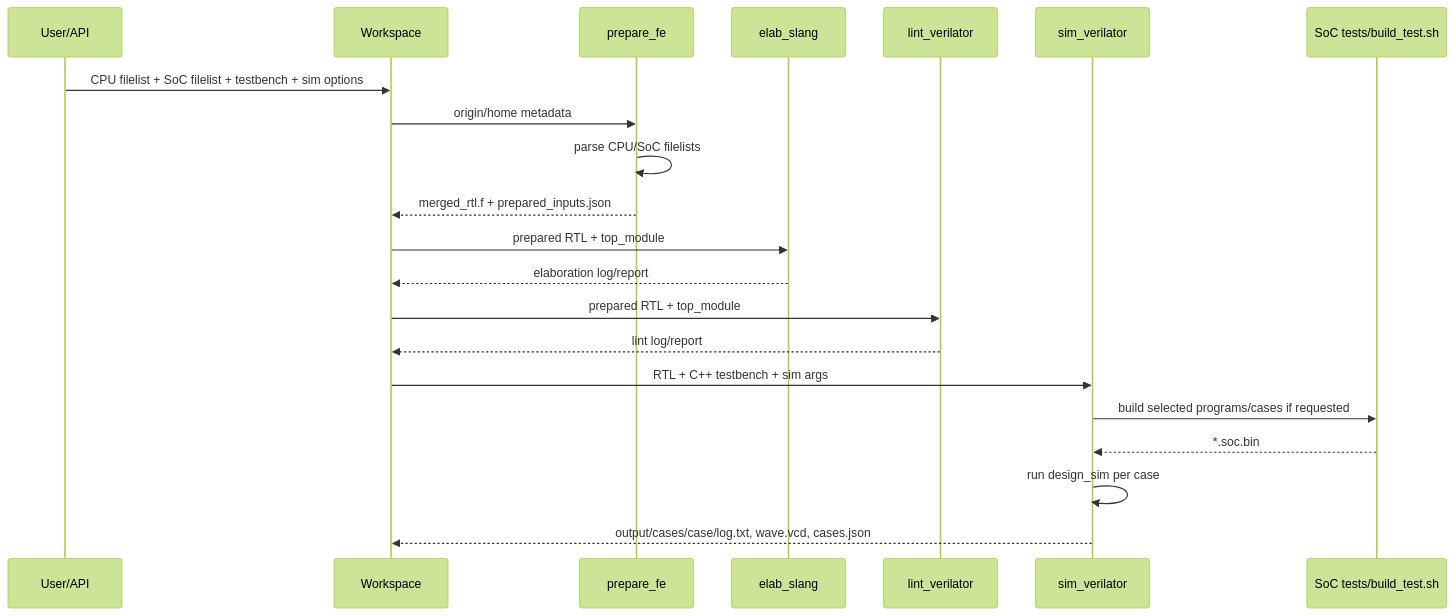
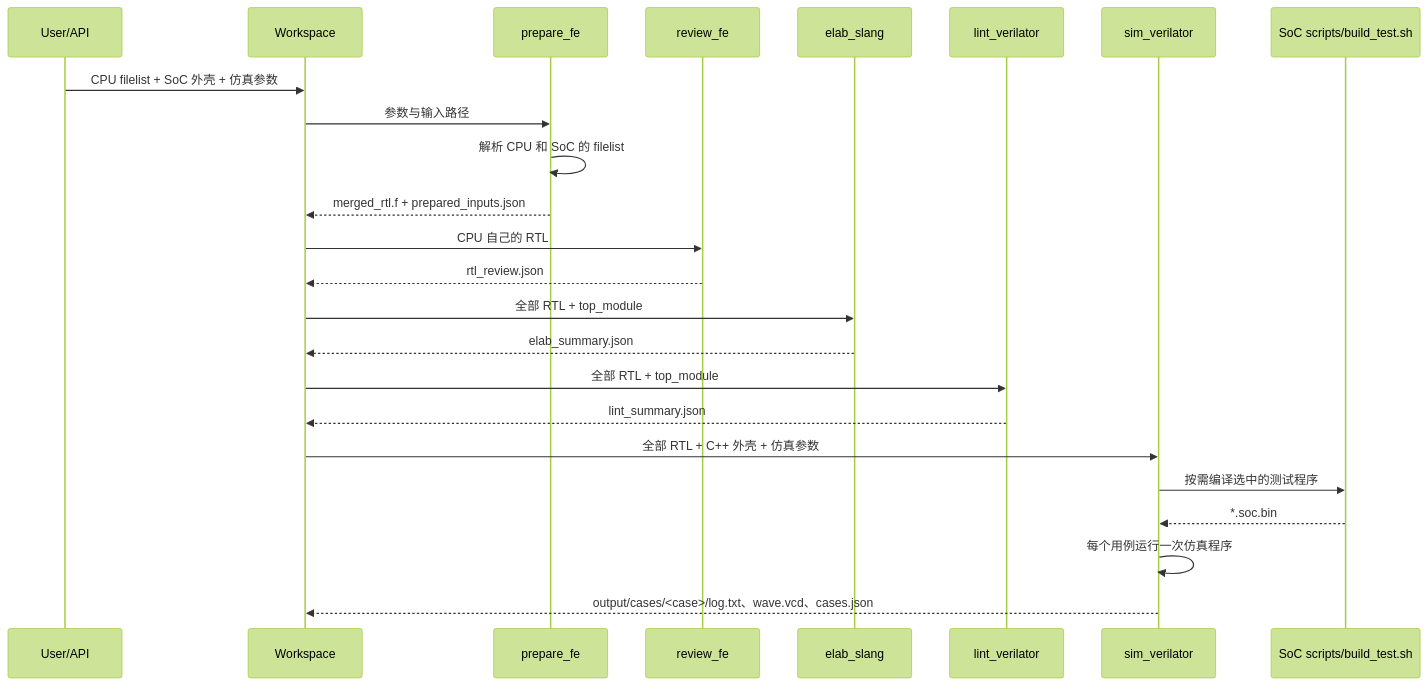
The third of 3 diagrams in docs/fe-flow.md (openecos-projects/ecc-fe), drawn with Mermaid (forest theme) before and after one commit. The commit also changed other lines of this file and 2 other files, not shown here.

First line of the commit message:
docs(flow): bring fe-flow.md back in line with the flow

````diff
--- a/docs/fe-flow.md
+++ b/docs/fe-flow.md
@@ -181,24 +203,27 @@
 ```mermaid
 sequenceDiagram
     participant User as User/API
     participant WS as Workspace
     participant Prep as prepare_fe
+    participant Review as review_fe
     participant Slang as elab_slang
     participant Lint as lint_verilator
     participant Sim as sim_verilator
-    participant SoC as SoC tests/build_test.sh
+    participant SoC as SoC scripts/build_test.sh
 
-    User->>WS: CPU filelist + SoC filelist + testbench + sim options
-    WS->>Prep: origin/home metadata
-    Prep->>Prep: parse CPU/SoC filelists
+    User->>WS: CPU filelist + SoC 外壳 + 仿真参数
+    WS->>Prep: 参数与输入路径
+    Prep->>Prep: 解析 CPU 和 SoC 的 filelist
     Prep-->>WS: merged_rtl.f + prepared_inputs.json
-    WS->>Slang: prepared RTL + top_module
-    Slang-->>WS: elaboration log/report
-    WS->>Lint: prepared RTL + top_module
-    Lint-->>WS: lint log/report
-    WS->>Sim: RTL + C++ testbench + sim args
-    Sim->>SoC: build selected programs/cases if requested
+    WS->>Review: CPU 自己的 RTL
+    Review-->>WS: rtl_review.json
+    WS->>Slang: 全部 RTL + top_module
+    Slang-->>WS: elab_summary.json
+    WS->>Lint: 全部 RTL + top_module
+    Lint-->>WS: lint_summary.json
+    WS->>Sim: 全部 RTL + C++ 外壳 + 仿真参数
+    Sim->>SoC: 按需编译选中的测试程序
     SoC-->>Sim: *.soc.bin
-    Sim->>Sim: run design_sim per case
-    Sim-->>WS: output/cases/case/log.txt, wave.vcd, cases.json
+    Sim->>Sim: 每个用例运行一次仿真程序
+    Sim-->>WS: output/cases/<case>/log.txt、wave.vcd、cases.json
 ```
````
